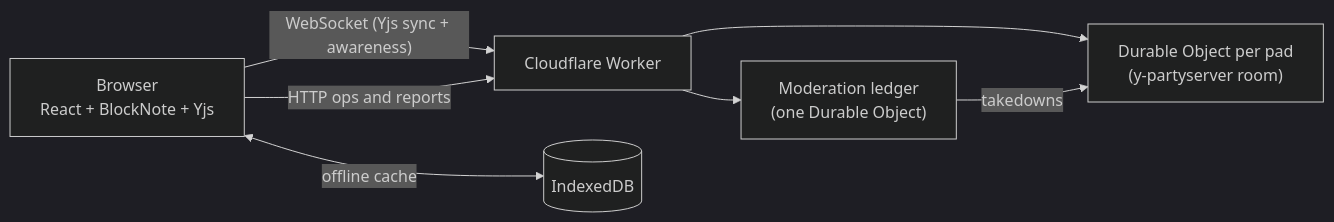
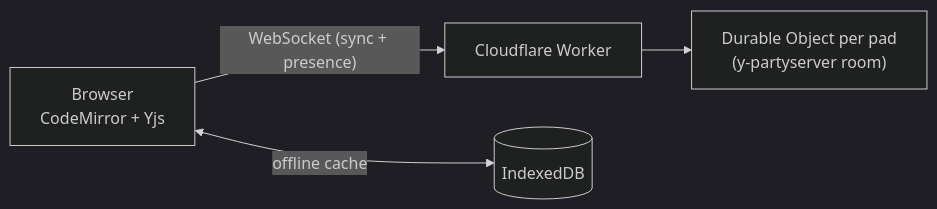
Before and after one commit to idcesares/padline: the diagram in README.md, drawn with Mermaid (dark theme). The commit also changed other lines of this file and 11 other files, not shown here.

````diff
--- a/README.md
+++ b/README.md
@@ -45,9 +26,6 @@
 ```mermaid
 flowchart LR
-    B[Browser<br/>React + BlockNote + Yjs] -->|"WebSocket (Yjs sync + awareness)"| W[Cloudflare Worker]
-    B -->|"HTTP ops and reports"| W
-    W --> DO["Durable Object per pad<br/>(y-partyserver room)"]
-    W --> L["Moderation ledger<br/>(one Durable Object)"]
-    L -->|takedowns| DO
+    B["Browser<br/>CodeMirror + Yjs"] -->|"WebSocket (sync + presence)"| W[Cloudflare Worker]
+    W --> R["Durable Object per pad<br/>(y-partyserver room)"]
     B <-->|offline cache| IDB[(IndexedDB)]
 ```
````
